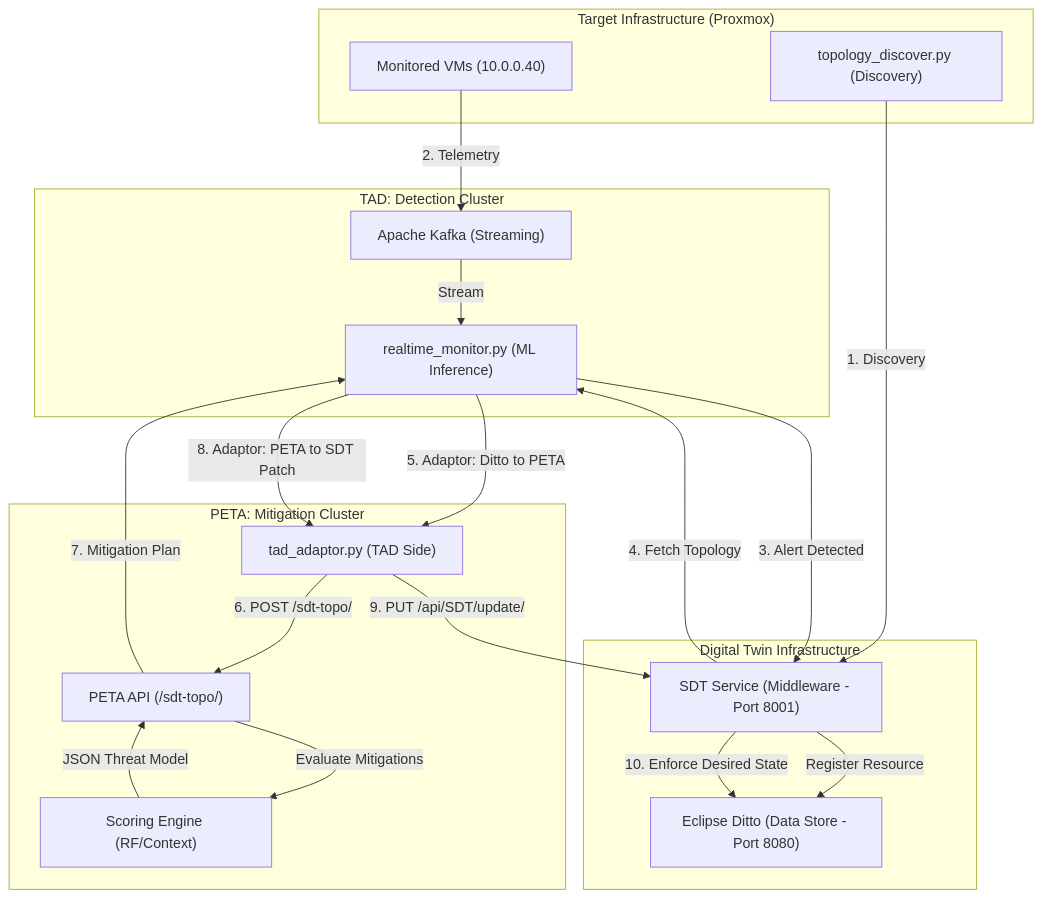
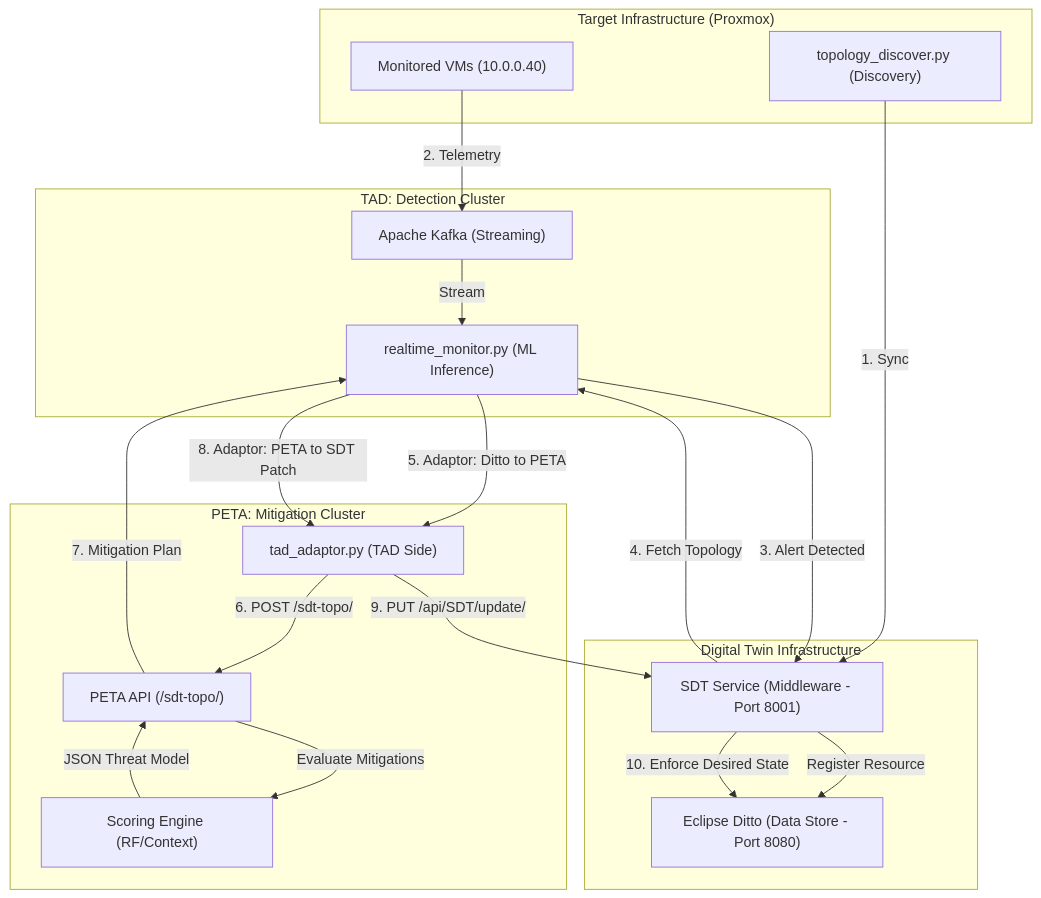
One commit to COBALT-PROJECT/TAD-PETA changed the diagram in README.md. Above: the diagram before and after it, drawn with Mermaid. The commit also changed other lines of this file and 6 other files, not shown here.

````diff
--- a/README.md
+++ b/README.md
@@ -29,43 +29,43 @@
 ```mermaid
 graph TD
     subgraph Target_Environment ["Target Infrastructure (Proxmox)"]
         VMs["Monitored VMs (10.0.0.40)"]
         TE["topology_discover.py (Discovery)"]
     end
 
     subgraph Monitoring_Pipeline ["TAD: Detection Cluster"]
         Kafka["Apache Kafka (Streaming)"]
         RM["realtime_monitor.py (ML Inference)"]
     end
 
     subgraph Intelligent_Remediation ["PETA: Mitigation Cluster"]
         API["PETA API (/sdt-topo/)"]
         Scoring["Scoring Engine (RF/Context)"]
         Adapt["tad_adaptor.py (TAD Side)"]
     end
 
     subgraph Digital_Twin_Core ["Digital Twin Infrastructure"]
         SDT["SDT Service (Middleware - Port 8001)"]
         DT["Eclipse Ditto (Data Store - Port 8080)"]
     end
 
     %% Discovery Flow
-    TE -->|1. Discovery| SDT
+    TE -->|1. Sync| SDT
     SDT -->|Register Resource| DT
 
     %% Detection Flow
     VMs -->|2. Telemetry| Kafka
     Kafka -->|Stream| RM
     
     %% Remediation Loop
     RM -->|3. Alert Detected| SDT
     SDT -->|4. Fetch Topology| RM
     RM -->|5. Adaptor: Ditto to PETA| Adapt
     Adapt -->|6. POST /sdt-topo/| API
     API -->|Evaluate Mitigations| Scoring
     Scoring -->|JSON Threat Model| API
     API -->|7. Mitigation Plan| RM
     RM -->|8. Adaptor: PETA to SDT Patch| Adapt
     Adapt -->|9. PUT /api/SDT/update/| SDT
     SDT -->|10. Enforce Desired State| DT
 ```
````
